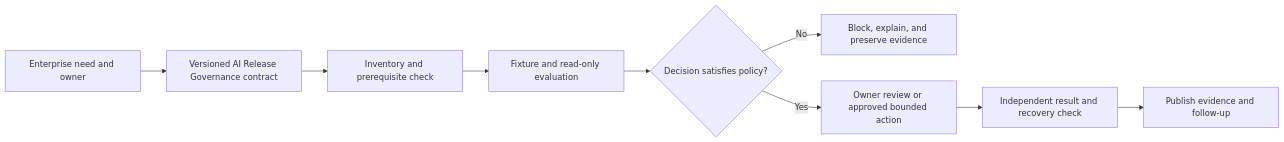
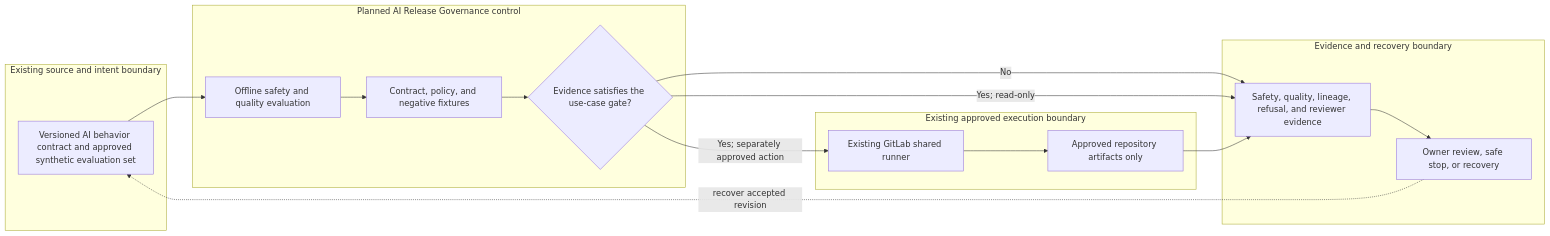
One commit to MIDHTECH/enterprise-architecture-docs changed the diagram in docs/use-cases/healthcare-ai/UC-AI-012-ai-release-governance.md. Above: the diagram before and after it, drawn with Mermaid. The commit also changed other lines of this file and 227 other files, not shown here.

Commit message:
Deepen architecture for all use case designs

````diff
--- a/docs/use-cases/healthcare-ai/UC-AI-012-ai-release-governance.md
+++ b/docs/use-cases/healthcare-ai/UC-AI-012-ai-release-governance.md
@@ -136,11 +129,25 @@
 ```mermaid
 flowchart LR
-    Need["Enterprise need and owner"] --> Contract["Versioned AI Release Governance contract"]
-    Contract --> Preflight["Inventory and prerequisite check"]
-    Preflight --> Evaluate["Fixture and read-only evaluation"]
-    Evaluate --> Decision{"Decision satisfies policy?"}
-    Decision -->|No| Stop["Block, explain, and preserve evidence"]
-    Decision -->|Yes| Review["Owner review or approved bounded action"]
-    Review --> Verify["Independent result and recovery check"]
-    Verify --> Publish["Publish evidence and follow-up"]
+    subgraph Source["Existing source and intent boundary"]
+        A["Versioned AI behavior contract and approved synthetic evaluation set"]
+    end
+    subgraph Planned["Planned AI Release Governance control"]
+        B["Offline safety and quality evaluation"]
+        C["Contract, policy, and negative fixtures"]
+        D{"Evidence satisfies the use-case gate?"}
+    end
+    subgraph Runtime["Existing approved execution boundary"]
+        E["Existing GitLab shared runner"]
+        F["Approved repository artifacts only"]
+    end
+    subgraph Assurance["Evidence and recovery boundary"]
+        G["Safety, quality, lineage, refusal, and reviewer evidence"]
+        H["Owner review, safe stop, or recovery"]
+    end
+
+    A --> B --> C --> D
+    D -->|No| G --> H
+    D -->|Yes; read-only| G
+    D -->|Yes; separately approved action| E --> F --> G
+    H -. recover accepted revision .-> A
 ```
````
